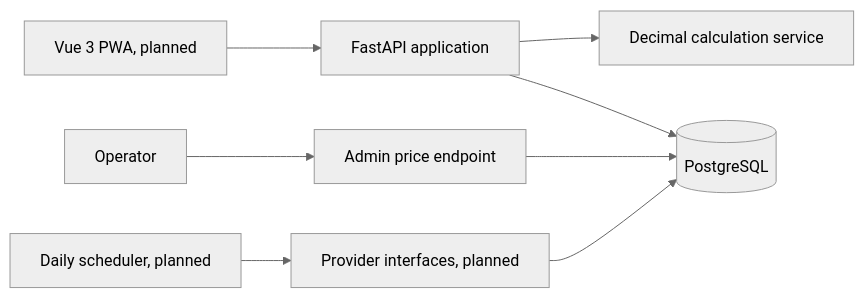
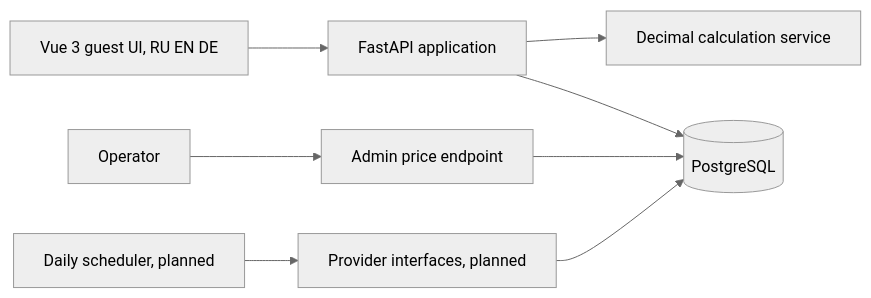
The first of 2 diagrams in ARCHITECTURE.md (nezix1/tankteiler), drawn with Mermaid (neutral theme) before and after one commit. The commit also changed other lines of this file and 2 other files, not shown here.

Commit message:
docs: document guest calculator and limitations

````diff
--- a/ARCHITECTURE.md
+++ b/ARCHITECTURE.md
@@ -11,10 +11,10 @@
 ```mermaid
 flowchart LR
-  Browser[Vue 3 PWA, planned] --> API[FastAPI application]
+  Browser[Vue 3 guest UI, RU EN DE] --> API[FastAPI application]
   API --> Domain[Decimal calculation service]
   API --> DB[(PostgreSQL)]
   Admin[Operator] --> ManualAPI[Admin price endpoint]
   ManualAPI --> DB
   Scheduler[Daily scheduler, planned] --> Providers[Provider interfaces, planned]
   Providers --> DB
 ```
````
